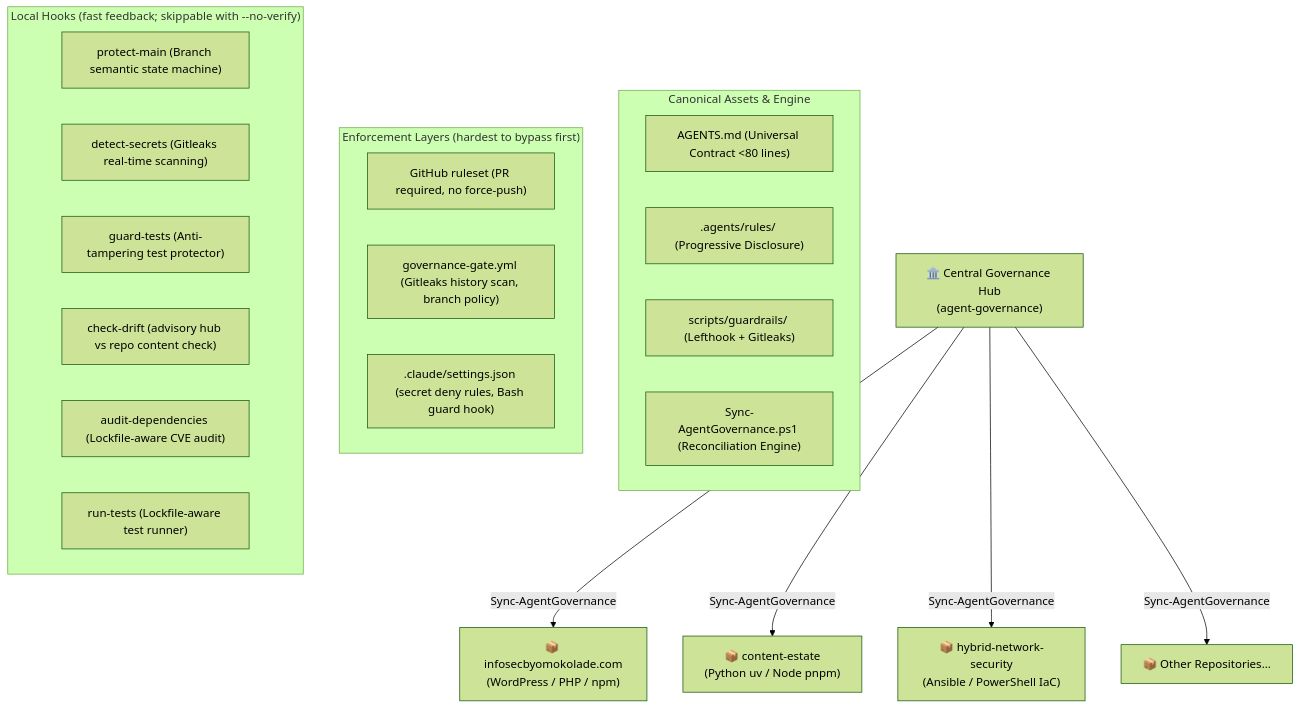
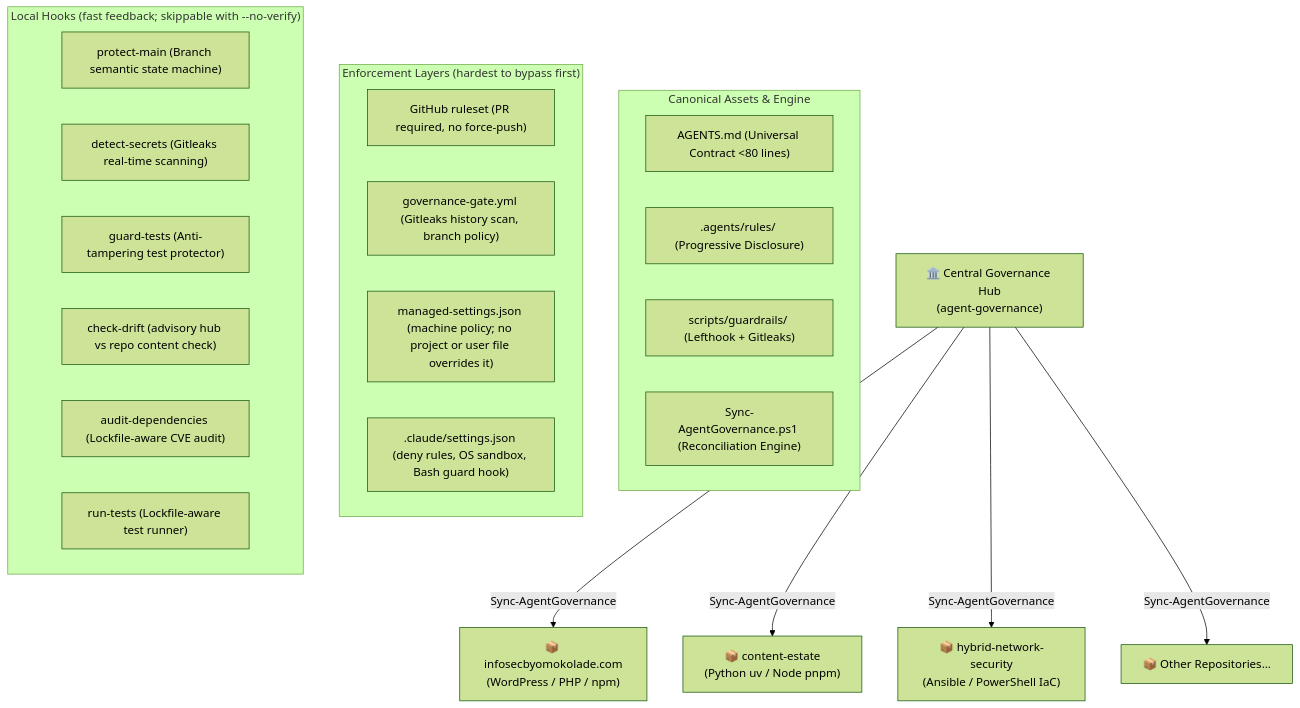
One commit to kolade-ogunleye/agent-governance changed the diagram in README.md. Above: the diagram before and after it, drawn with Mermaid (forest theme). The commit also changed other lines of this file and 25 other files, not shown here.

First line of the commit message:
feat(governance): harden the command guard, dogfood the hub lock, add machine-level policy

````diff
--- a/README.md
+++ b/README.md
@@ -11,29 +11,30 @@
 ```mermaid
 flowchart TD
     Hub["🏛️ Central Governance Hub<br>(agent-governance)"] -->|Sync-AgentGovernance| R1["📦 infosecbyomokolade.com<br>(WordPress / PHP / npm)"]
     Hub -->|Sync-AgentGovernance| R2["📦 content-estate<br>(Python uv / Node pnpm)"]
     Hub -->|Sync-AgentGovernance| R3["📦 hybrid-network-security<br>(Ansible / PowerShell IaC)"]
     Hub -->|Sync-AgentGovernance| RN["📦 Other Repositories..."]
 
     subgraph HubContent["Canonical Assets & Engine"]
         T_AGENTS["AGENTS.md (Universal Contract <80 lines)"]
         T_RULES[".agents/rules/ (Progressive Disclosure)"]
         T_GUARDS["scripts/guardrails/ (Lefthook + Gitleaks)"]
         T_ENGINE["Sync-AgentGovernance.ps1 (Reconciliation Engine)"]
     end
 
     subgraph Enforcement["Enforcement Layers (hardest to bypass first)"]
         E_RULESET["GitHub ruleset (PR required, no force-push)"]
         E_CI["governance-gate.yml (Gitleaks history scan, branch policy)"]
-        E_AGENT[".claude/settings.json (secret deny rules, Bash guard hook)"]
+        E_MANAGED["managed-settings.json (machine policy; no project or user file overrides it)"]
+        E_AGENT[".claude/settings.json (deny rules, OS sandbox, Bash guard hook)"]
     end
 
     subgraph Guardrails["Local Hooks (fast feedback; skippable with --no-verify)"]
         G_MAIN["protect-main (Branch semantic state machine)"]
         G_SECRETS["detect-secrets (Gitleaks real-time scanning)"]
         G_TESTS["guard-tests (Anti-tampering test protector)"]
         G_DRIFT["check-drift (advisory hub vs repo content check)"]
         G_SUPPLY["audit-dependencies (Lockfile-aware CVE audit)"]
         G_RUNNER["run-tests (Lockfile-aware test runner)"]
     end
 ```
````
